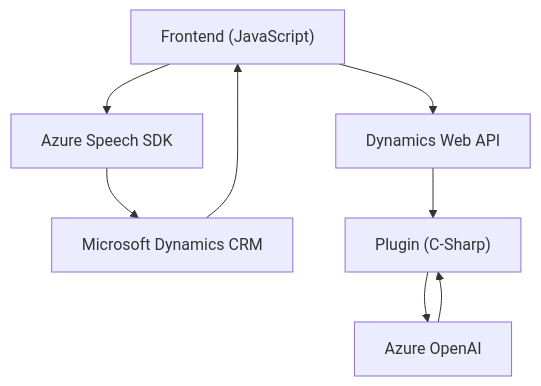
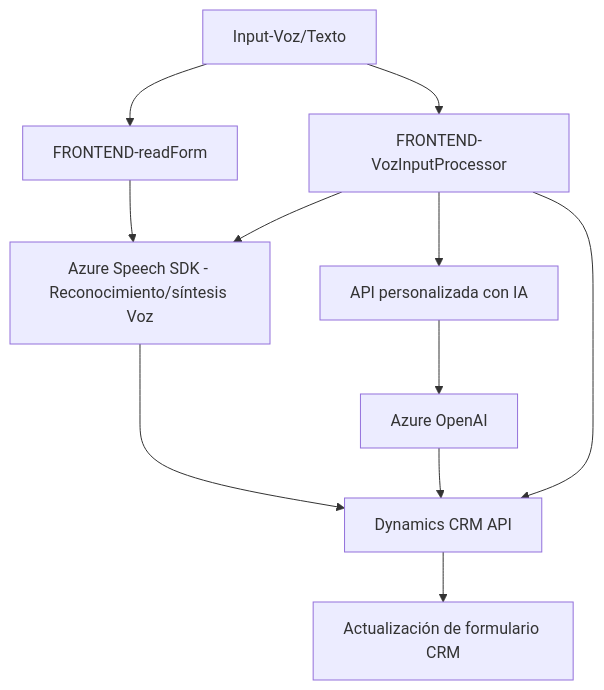
The diagram in README.md (blopezdm/NETCORE_BILBAO2025), drawn with Mermaid before and after one commit. The commit also changed other lines of this file, not shown here.

Commit message:
Actualizar análisis global de la solución con IA

````diff
--- a/README.md
+++ b/README.md
@@ -42,17 +58,13 @@
 ```mermaid
 graph TD
-    A["Frontend (JavaScript)"]
-    B["Azure Speech SDK"]
-    C["Microsoft Dynamics CRM"]
-    D["Dynamics Web API"]
-    E["Azure OpenAI"]
-    F["Plugin (C-Sharp)"]
-
-    A --> B
-    A --> D
-    B --> C
-    D --> F
-    F --> E
-    E --> F
-    C --> A
+  A["Input-Voz/Texto"] --> B["FRONTEND-readForm"]
+  A --> C["FRONTEND-VozInputProcessor"]
+  B --> D["Azure Speech SDK - Reconocimiento/síntesis Voz"]
+  C --> D
+  C --> E["API personalizada con IA"]
+  E --> F["Azure OpenAI"]
+  C --> G["Dynamics CRM API"]
+  G --> H["Actualización de formulario CRM"]
+  F --> G
+  D --> G
 ```
````
